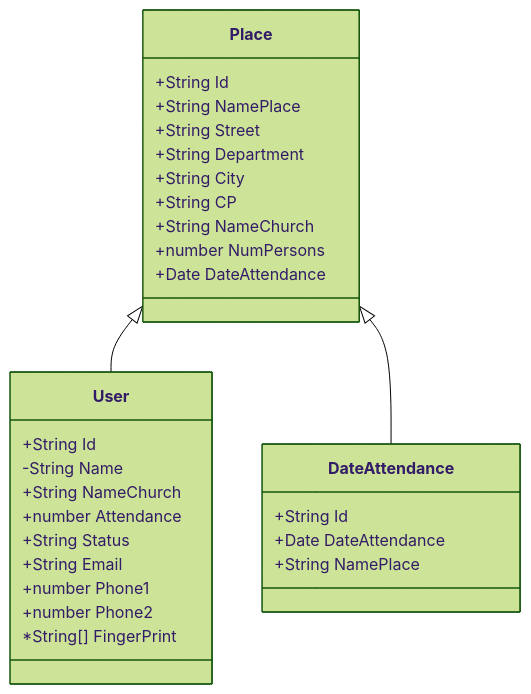
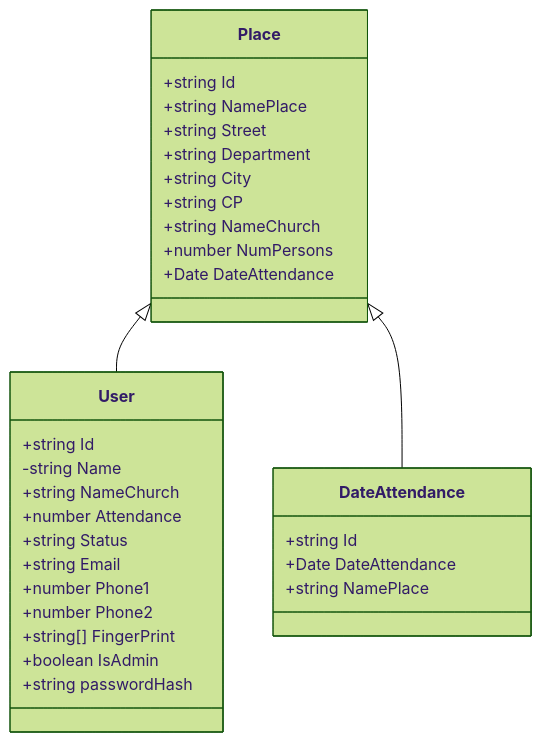
One commit to RV411/Asistenciapp changed the fourth of 5 diagrams in README.md. Above: the diagram before and after it, drawn with Mermaid (forest theme).

````diff
--- a/README.md
+++ b/README.md
@@ -52,30 +52,32 @@
 ```mermaid
 classDiagram
     Place <|-- User
     Place <|-- DateAttendance
-    Place : +String Id
-    Place : +String NamePlace
-    Place : +String Street
-    Place : +String Department
-    Place : +String City
-    Place : +String CP
-    Place : +String NameChurch
+    Place : +string Id
+    Place : +string NamePlace
+    Place : +string Street
+    Place : +string Department
+    Place : +string City
+    Place : +string CP
+    Place : +string NameChurch
     Place : +number NumPersons
     Place : +Date DateAttendance
     class User{
-        +String Id
-        -String Name
-        +String NameChurch
+        +string Id
+        -string Name
+        +string NameChurch
         +number Attendance
-        +String Status
-        +String Email
+        +string Status
+        +string Email
         +number Phone1
         +number Phone2
-        *String[] FingerPrint
+        +string[] FingerPrint
+        +boolean IsAdmin
+        +string passwordHash
     }
     class DateAttendance{
-        +String Id
+        +string Id
         +Date DateAttendance
-        +String NamePlace
+        +string NamePlace
     }
 ```
````
